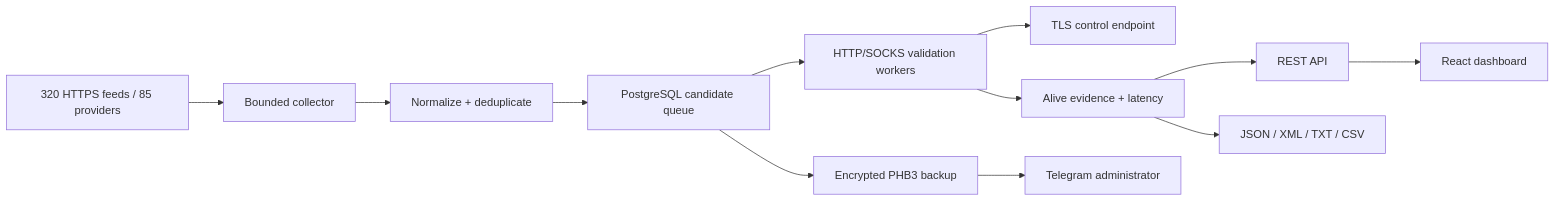
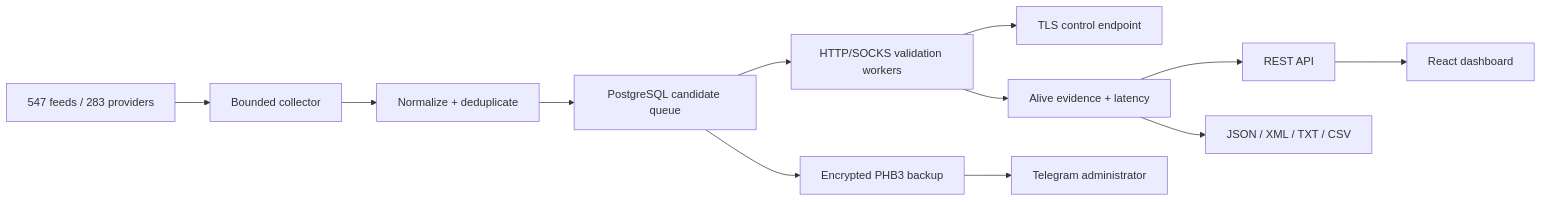
The diagram in README.md (Xsenus/ProxyHarbor), drawn with Mermaid before and after one commit. The commit also changed other lines of this file and 35 other files, not shown here.

````diff
--- a/README.md
+++ b/README.md
@@ -48,14 +48,14 @@
 ```mermaid
 flowchart LR
-    A["320 HTTPS feeds / 85 providers"] --> B["Bounded collector"]
+    A["547 feeds / 283 providers"] --> B["Bounded collector"]
     B --> C["Normalize + deduplicate"]
     C --> D["PostgreSQL candidate queue"]
     D --> E["HTTP/SOCKS validation workers"]
     E --> F["TLS control endpoint"]
     E --> G["Alive evidence + latency"]
     G --> H["REST API"]
     G --> I["JSON / XML / TXT / CSV"]
     H --> J["React dashboard"]
     D --> K["Encrypted PHB3 backup"]
     K --> L["Telegram administrator"]
 ```
````
